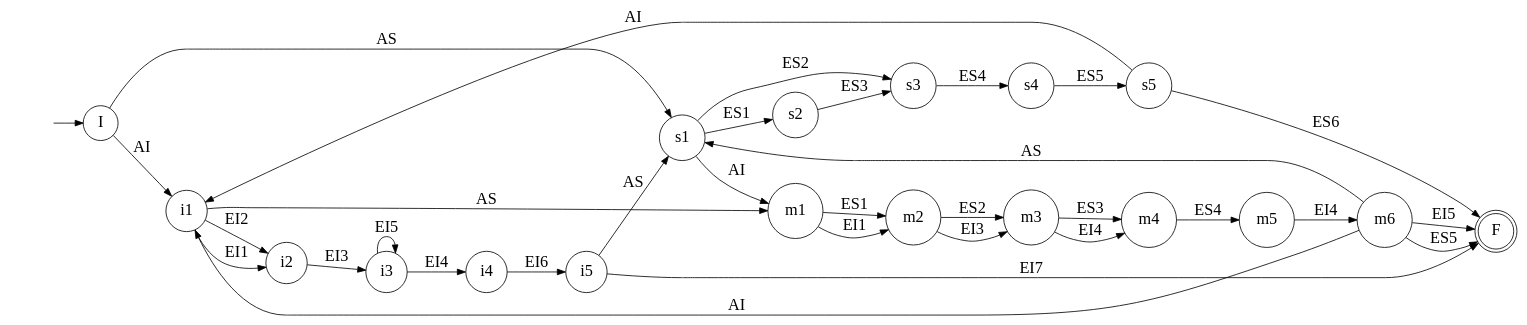
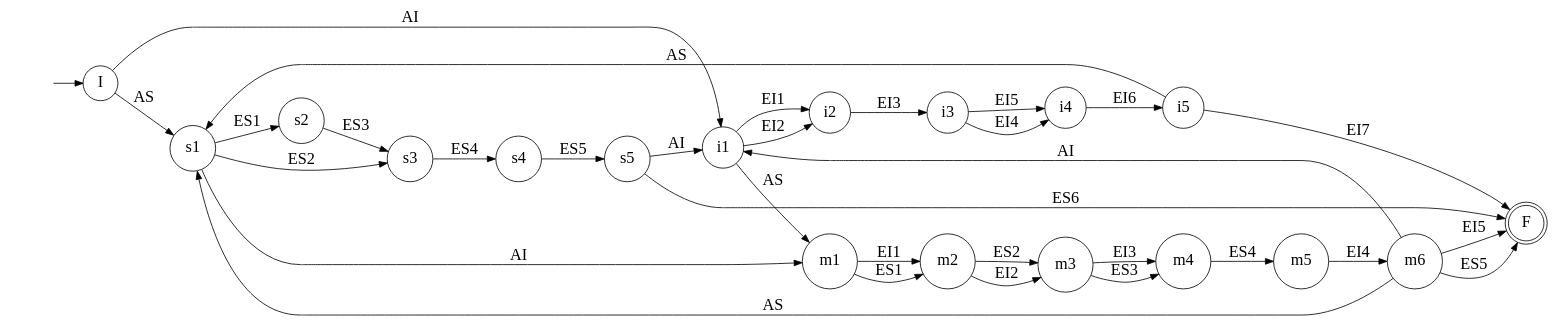
One commit to LucasKendy/projeto-pratico-lfa changed the diagram in checador-rotina-exercicios.gv. Above: the diagram before and after it, drawn with Graphviz. The commit also changed 2 other files, not shown here.

```diff
--- a/checador-rotina-exercicios.gv
+++ b/checador-rotina-exercicios.gv
@@ -1,56 +1,56 @@
 digraph "checador-rotina-exercicios" {
 	graph [rankdir=LR]
 	node [fontsize=20]
 	edge [fontsize="20pt"]
 	"" [label="" shape=plaintext]
 	F [label=F shape=doublecircle]
+	s2 [label=s2 shape=circle]
+	s1 [label=s1 shape=circle]
+	m5 [label=m5 shape=circle]
+	I [label=I shape=circle]
+	i2 [label=i2 shape=circle]
+	i5 [label=i5 shape=circle]
+	m3 [label=m3 shape=circle]
+	i4 [label=i4 shape=circle]
+	m2 [label=m2 shape=circle]
+	s4 [label=s4 shape=circle]
+	s3 [label=s3 shape=circle]
+	m4 [label=m4 shape=circle]
+	i1 [label=i1 shape=circle]
+	i3 [label=i3 shape=circle]
+	s5 [label=s5 shape=circle]
+	m1 [label=m1 shape=circle]
 	m6 [label=m6 shape=circle]
-	m2 [label=m2 shape=circle]
-	m4 [label=m4 shape=circle]
-	m5 [label=m5 shape=circle]
-	s5 [label=s5 shape=circle]
-	s2 [label=s2 shape=circle]
-	i5 [label=i5 shape=circle]
-	s4 [label=s4 shape=circle]
-	i4 [label=i4 shape=circle]
-	i1 [label=i1 shape=circle]
-	s3 [label=s3 shape=circle]
-	s1 [label=s1 shape=circle]
-	i3 [label=i3 shape=circle]
-	m3 [label=m3 shape=circle]
-	i2 [label=i2 shape=circle]
-	I [label=I shape=circle]
-	m1 [label=m1 shape=circle]
 	"" -> I [label=""]
 	I -> s1 [label=AS]
 	I -> i1 [label=AI]
 	s1 -> s2 [label=ES1]
 	s1 -> s3 [label=ES2]
 	s1 -> m1 [label=AI]
 	s2 -> s3 [label=ES3]
 	s3 -> s4 [label=ES4]
 	s4 -> s5 [label=ES5]
 	s5 -> F [label=ES6]
 	s5 -> i1 [label=AI]
 	i1 -> i2 [label=EI1]
 	i1 -> i2 [label=EI2]
 	i1 -> m1 [label=AS]
 	i2 -> i3 [label=EI3]
 	i3 -> i4 [label=EI4]
-	i3 -> i3 [label=EI5]
+	i3 -> i4 [label=EI5]
 	i4 -> i5 [label=EI6]
 	i5 -> F [label=EI7]
 	i5 -> s1 [label=AS]
 	m1 -> m2 [label=ES1]
 	m1 -> m2 [label=EI1]
 	m2 -> m3 [label=ES2]
-	m2 -> m3 [label=EI3]
+	m2 -> m3 [label=EI2]
 	m3 -> m4 [label=ES3]
-	m3 -> m4 [label=EI4]
+	m3 -> m4 [label=EI3]
 	m4 -> m5 [label=ES4]
 	m5 -> m6 [label=EI4]
 	m6 -> F [label=ES5]
 	m6 -> F [label=EI5]
 	m6 -> s1 [label=AS]
 	m6 -> i1 [label=AI]
 }
```
